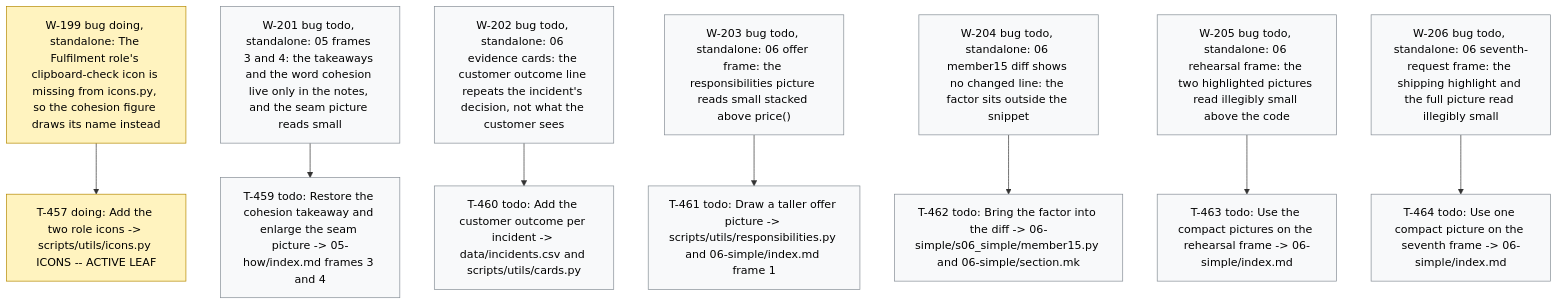
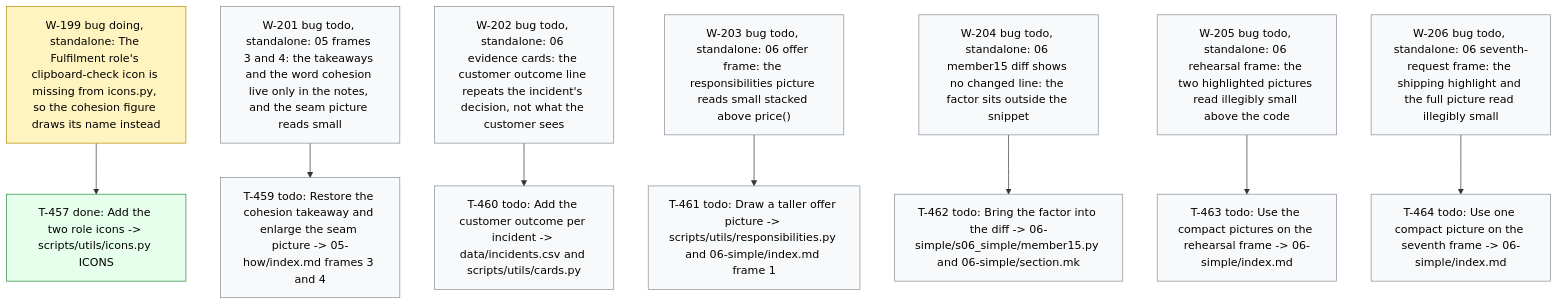
Before and after one commit to dpopchev/chaos-to-simple: the diagram in .board/BOARD.md, drawn with Mermaid. The commit also changed other lines of this file and 1 other file, not shown here.

Commit message:
chore(board): close T-457 -- W-199 ready to land
Refs: W-199 T-457

````diff
--- a/.board/BOARD.md
+++ b/.board/BOARD.md
@@ -1184,24 +1184,25 @@
 ```mermaid
 flowchart TD
   W199["W-199 bug doing, standalone: The Fulfilment role's clipboard-check icon is missing from icons.py, so the cohesion figure draws its name instead"]
-  W199 --> T457["T-457 doing: Add the two role icons -> scripts/utils/icons.py ICONS -- ACTIVE LEAF"]
+  W199 --> T457["T-457 done: Add the two role icons -> scripts/utils/icons.py ICONS"]
   W201["W-201 bug todo, standalone: 05 frames 3 and 4: the takeaways and the word cohesion live only in the notes, and the seam picture reads small"]
   W201 --> T459["T-459 todo: Restore the cohesion takeaway and enlarge the seam picture -> 05-how/index.md frames 3 and 4"]
   W202["W-202 bug todo, standalone: 06 evidence cards: the customer outcome line repeats the incident's decision, not what the customer sees"]
   W202 --> T460["T-460 todo: Add the customer outcome per incident -> data/incidents.csv and scripts/utils/cards.py"]
   W203["W-203 bug todo, standalone: 06 offer frame: the responsibilities picture reads small stacked above price()"]
   W203 --> T461["T-461 todo: Draw a taller offer picture -> scripts/utils/responsibilities.py and 06-simple/index.md frame 1"]
   W204["W-204 bug todo, standalone: 06 member15 diff shows no changed line: the factor sits outside the snippet"]
   W204 --> T462["T-462 todo: Bring the factor into the diff -> 06-simple/s06_simple/member15.py and 06-simple/section.mk"]
   W205["W-205 bug todo, standalone: 06 rehearsal frame: the two highlighted pictures read illegibly small above the code"]
   W205 --> T463["T-463 todo: Use the compact pictures on the rehearsal frame -> 06-simple/index.md"]
   W206["W-206 bug todo, standalone: 06 seventh-request frame: the shipping highlight and the full picture read illegibly small"]
   W206 --> T464["T-464 todo: Use one compact picture on the seventh frame -> 06-simple/index.md"]
   classDef doing fill:#fff3bf,stroke:#b58900,color:#000;
   classDef blocked fill:#ffe3e3,stroke:#c92a2a,color:#000;
   classDef done fill:#e6ffed,stroke:#2b8a3e,color:#000;
   classDef todo fill:#f8f9fa,stroke:#868e96,color:#000;
   classDef pruned fill:#f1f3f5,stroke:#adb5bd,color:#000;
-  class W199,T457 doing
+  class W199 doing
+  class T457 done
   class W201,T459,W202,T460,W203,T461,W204,T462,W205,T463,W206,T464 todo
 ```
````
